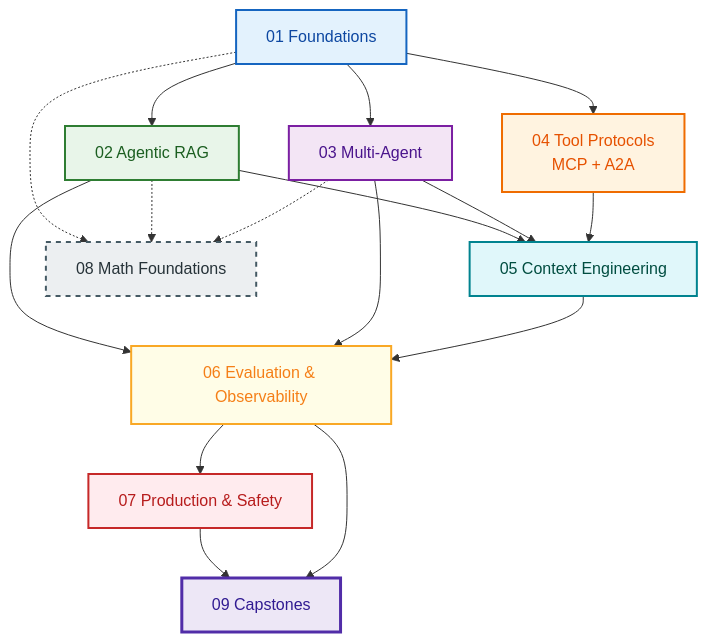
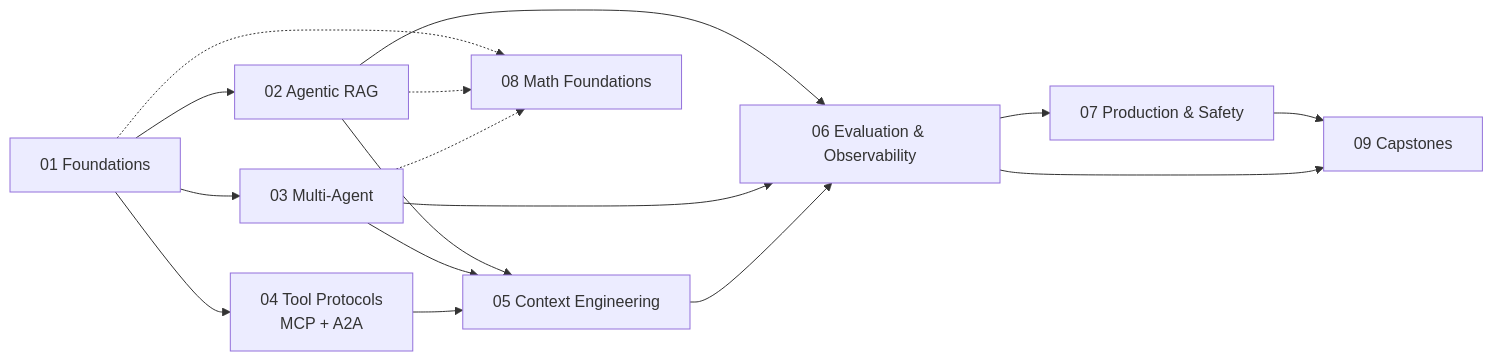
Before and after one commit to MHHamdan/Agentic-AI-Engineer: the first of 2 diagrams in README.md, drawn with Mermaid. The commit also changed other lines of this file and 8 other files, not shown here.

````diff
--- a/README.md
+++ b/README.md
@@ -123,42 +145,18 @@
 ```mermaid
-flowchart TD
-    F["01 Foundations"] --> R["02 Agentic RAG"]
-    F --> M["03 Multi-Agent"]
-    F --> T["04 Tool Protocols<br/>MCP + A2A"]
-
-    R --> C["05 Context Engineering"]
+flowchart LR
+    F[01 Foundations] --> R[02 Agentic RAG]
+    F --> M[03 Multi-Agent]
+    F --> T[04 Tool Protocols<br/>MCP + A2A]
+    R --> C[05 Context Engineering]
     M --> C
     T --> C
-
-    R --> E["06 Evaluation & Observability"]
+    R --> E[06 Evaluation & Observability]
     M --> E
     C --> E
-
-    E --> P["07 Production & Safety"]
-    P --> CAP["09 Capstones"]
-    E --> CAP
-
-    F -.-> X["08 Math Foundations"]
+    E --> P[07 Production & Safety]
+    F -.-> X[08 Math Foundations]
     R -.-> X
     M -.-> X
-
-    classDef foundations fill:#E3F2FD,stroke:#1565C0,stroke-width:2px,color:#0D47A1;
-    classDef rag fill:#E8F5E9,stroke:#2E7D32,stroke-width:2px,color:#1B5E20;
-    classDef multi fill:#F3E5F5,stroke:#7B1FA2,stroke-width:2px,color:#4A148C;
-    classDef tools fill:#FFF3E0,stroke:#EF6C00,stroke-width:2px,color:#E65100;
-    classDef context fill:#E0F7FA,stroke:#00838F,stroke-width:2px,color:#004D40;
-    classDef eval fill:#FFFDE7,stroke:#F9A825,stroke-width:2px,color:#F57F17;
-    classDef production fill:#FFEBEE,stroke:#C62828,stroke-width:2px,color:#B71C1C;
-    classDef math fill:#ECEFF1,stroke:#455A64,stroke-width:2px,color:#263238,stroke-dasharray:5 5;
-    classDef capstone fill:#EDE7F6,stroke:#512DA8,stroke-width:3px,color:#311B92;
-
-    class F foundations;
-    class R rag;
-    class M multi;
-    class T tools;
-    class C context;
-    class E eval;
-    class P production;
-    class X math;
-    class CAP capstone;
+    P --> CAP[09 Capstones]
+    E --> CAP
 ```
````
